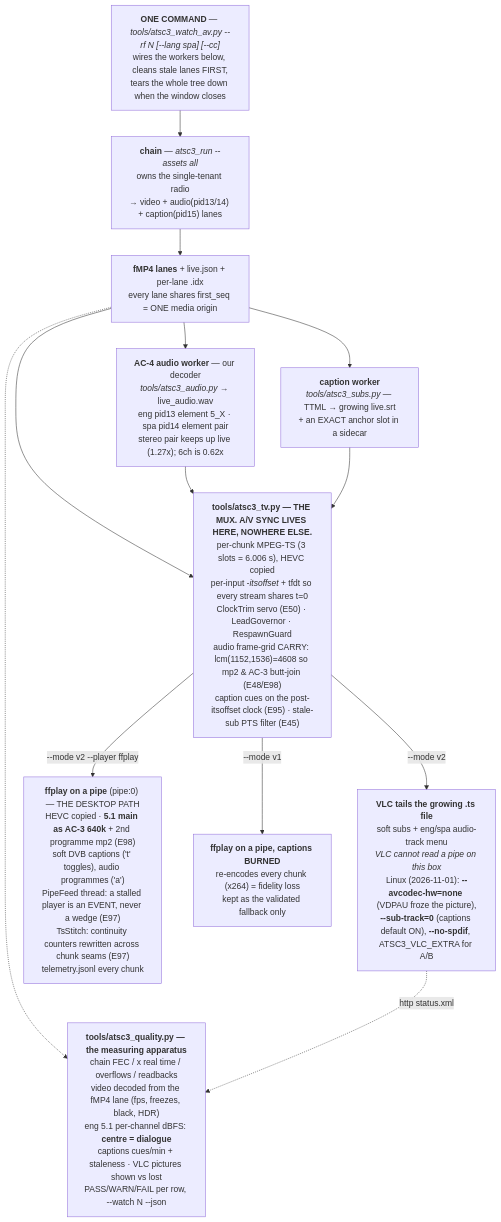
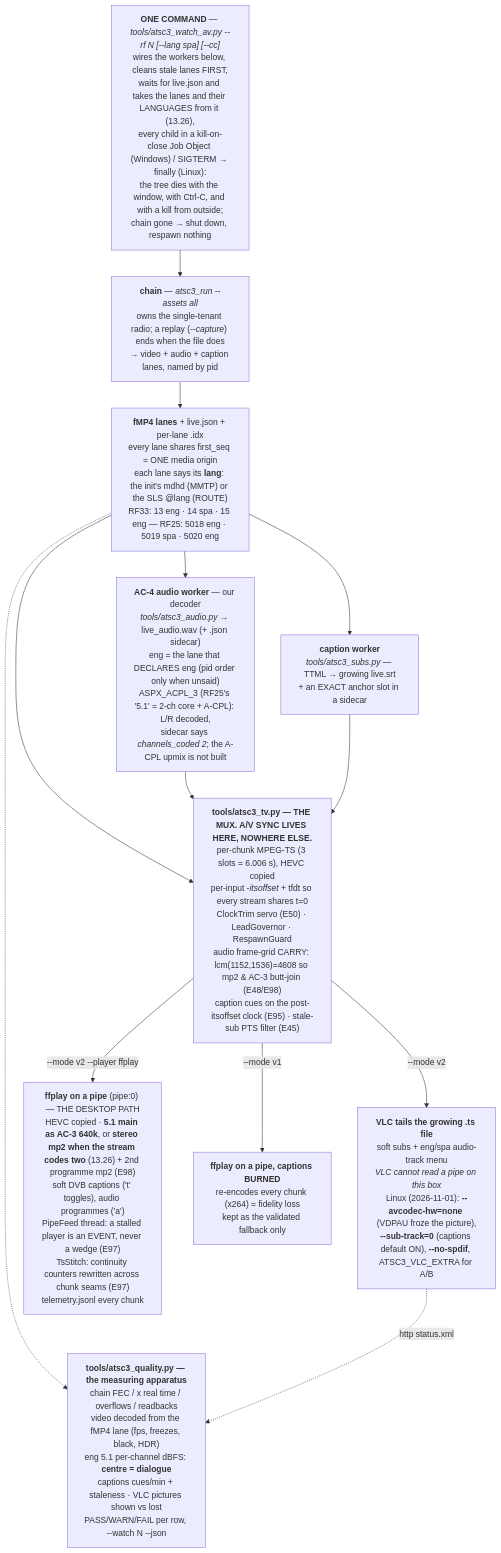
Before and after one commit to Felbs/atsc3: the tenth of 16 diagrams in docs/ARCHITECTURE.md, drawn with Mermaid. The commit also changed other lines of this file and 7 other files, not shown here.

````diff
--- a/docs/ARCHITECTURE.md
+++ b/docs/ARCHITECTURE.md
@@ -370,17 +412,17 @@
 ```mermaid
 flowchart TD
-    ORCH["<b>ONE COMMAND</b> &mdash; <i>tools/atsc3_watch_av.py --rf N [--lang spa] [--cc]</i><br/>wires the workers below, cleans stale lanes FIRST,<br/>tears the whole tree down when the window closes"]
-    ORCH --> CHAIN["<b>chain</b> &mdash; <i>atsc3_run --assets all</i><br/>owns the single-tenant radio<br/>&rarr; video + audio(pid13/14) + caption(pid15) lanes"]
-    CHAIN --> LANES["<b>fMP4 lanes</b> + live.json + per-lane .idx<br/>every lane shares first_seq = ONE media origin"]
-    LANES --> AUD["<b>AC-4 audio worker</b> &mdash; our decoder<br/><i>tools/atsc3_audio.py</i> &rarr; live_audio.wav<br/>eng pid13 element 5_X &middot; spa pid14 element pair<br/>stereo pair keeps up live (1.27x); 6ch is 0.62x"]
+    ORCH["<b>ONE COMMAND</b> &mdash; <i>tools/atsc3_watch_av.py --rf N [--lang spa] [--cc]</i><br/>wires the workers below, cleans stale lanes FIRST,<br/>waits for live.json and takes the lanes and their LANGUAGES from it (13.26),<br/>every child in a kill-on-close Job Object (Windows) / SIGTERM &rarr; finally (Linux):<br/>the tree dies with the window, with Ctrl-C, and with a kill from outside;<br/>chain gone &rarr; shut down, respawn nothing"]
+    ORCH --> CHAIN["<b>chain</b> &mdash; <i>atsc3_run --assets all</i><br/>owns the single-tenant radio; a replay (<i>--capture</i>) ends when the file does<br/>&rarr; video + audio + caption lanes, named by pid"]
+    CHAIN --> LANES["<b>fMP4 lanes</b> + live.json + per-lane .idx<br/>every lane shares first_seq = ONE media origin<br/>each lane says its <b>lang</b>: the init's mdhd (MMTP) or the SLS @lang (ROUTE)<br/>RF33: 13 eng &middot; 14 spa &middot; 15 eng &mdash; RF25: 5018 eng &middot; 5019 spa &middot; 5020 eng"]
+    LANES --> AUD["<b>AC-4 audio worker</b> &mdash; our decoder<br/><i>tools/atsc3_audio.py</i> &rarr; live_audio.wav (+ .json sidecar)<br/>eng = the lane that DECLARES eng (pid order only when unsaid)<br/>ASPX_ACPL_3 (RF25's '5.1' = 2-ch core + A-CPL): L/R decoded,<br/>sidecar says <i>channels_coded 2</i>; the A-CPL upmix is not built"]
     LANES --> SUBS["<b>caption worker</b><br/><i>tools/atsc3_subs.py</i> &mdash; TTML &rarr; growing live.srt<br/>+ an EXACT anchor slot in a sidecar"]
     LANES --> TV
     AUD --> TV
     SUBS --> TV
     TV["<b>tools/atsc3_tv.py &mdash; THE MUX. A/V SYNC LIVES HERE, NOWHERE ELSE.</b><br/>per-chunk MPEG-TS (3 slots = 6.006 s), HEVC copied<br/>per-input <i>-itsoffset</i> + tfdt so every stream shares t=0<br/>ClockTrim servo (E50) &middot; LeadGovernor &middot; RespawnGuard<br/>audio frame-grid CARRY: lcm(1152,1536)=4608 so mp2 &amp; AC-3 butt-join (E48/E98)<br/>caption cues on the post-itsoffset clock (E95) &middot; stale-sub PTS filter (E45)"]
     TV -->|"--mode v2"| VLC["<b>VLC tails the growing .ts file</b><br/>soft subs + eng/spa audio-track menu<br/><i>VLC cannot read a pipe on this box</i><br/>Linux (2026-11-01): <b>--avcodec-hw=none</b> (VDPAU froze the picture),<br/><b>--sub-track=0</b> (captions default ON), <b>--no-spdif</b>, ATSC3_VLC_EXTRA for A/B"]
     LANES -.-> METER["<b>tools/atsc3_quality.py &mdash; the measuring apparatus</b><br/>chain FEC / x real time / overflows / readbacks<br/>video decoded from the fMP4 lane (fps, freezes, black, HDR)<br/>eng 5.1 per-channel dBFS: <b>centre = dialogue</b><br/>captions cues/min + staleness &middot; VLC pictures shown vs lost<br/>PASS/WARN/FAIL per row, --watch N --json"]
     VLC -.->|"http status.xml"| METER
-    TV -->|"--mode v2 --player ffplay"| FF["<b>ffplay on a pipe</b> (pipe:0) &mdash; THE DESKTOP PATH<br/>HEVC copied &middot; <b>5.1 main as AC-3 640k</b> + 2nd programme mp2 (E98)<br/>soft DVB captions ('t' toggles), audio programmes ('a')<br/>PipeFeed thread: a stalled player is an EVENT, never a wedge (E97)<br/>TsStitch: continuity counters rewritten across chunk seams (E97)<br/>telemetry.jsonl every chunk"]
+    TV -->|"--mode v2 --player ffplay"| FF["<b>ffplay on a pipe</b> (pipe:0) &mdash; THE DESKTOP PATH<br/>HEVC copied &middot; <b>5.1 main as AC-3 640k</b>, or <b>stereo mp2 when the stream codes two</b> (13.26) + 2nd programme mp2 (E98)<br/>soft DVB captions ('t' toggles), audio programmes ('a')<br/>PipeFeed thread: a stalled player is an EVENT, never a wedge (E97)<br/>TsStitch: continuity counters rewritten across chunk seams (E97)<br/>telemetry.jsonl every chunk"]
     TV -->|"--mode v1"| FF1["<b>ffplay on a pipe, captions BURNED</b><br/>re-encodes every chunk (x264) = fidelity loss<br/>kept as the validated fallback only"]
 ```
````
